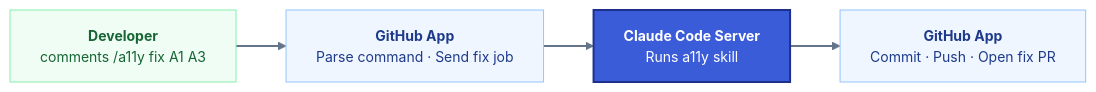
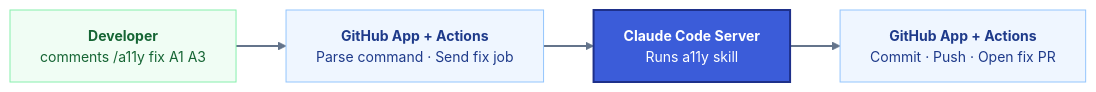
One commit to diegovelasquezweb/github-app changed the second of 2 diagrams in README.md. Above: the diagram before and after it, drawn with Mermaid. The commit also changed other lines of this file, not shown here.

````diff
--- a/README.md
+++ b/README.md
@@ -71,20 +73,20 @@
 ```mermaid
 %%{init: { 'theme': 'base', 'themeVariables': { 'primaryColor': '#3b5cd9', 'primaryTextColor': '#1e293b', 'primaryBorderColor': '#1e308a', 'lineColor': '#64748b', 'secondaryColor': '#f1f5f9', 'tertiaryColor': '#fff', 'mainBkg': '#fff', 'nodeBorder': '#e2e8f0', 'clusterBkg': '#f8fafc', 'clusterBorder': '#cbd5e1' } } }%%
 flowchart LR
     A["<b>Developer</b><br/>comments /a11y fix A1 A3"]
-    B["<b>GitHub App</b><br/>Parse command · Send fix job"]
+    B["<b>GitHub App + Actions</b><br/>Parse command · Send fix job"]
     C["<b>Claude Code Server</b><br/>Runs a11y skill"]
-    D["<b>GitHub App</b><br/>Commit · Push · Open fix PR"]
+    D["<b>GitHub App + Actions</b><br/>Commit · Push · Open fix PR"]
 
     A --> B --> C --> D
 
     linkStyle default stroke:#64748b,stroke-width:2px;
     classDef default font-family:Inter,sans-serif,font-size:14px,min-width:200px;
     classDef dev fill:#f0fdf4,stroke:#86efac,color:#166534;
     classDef app fill:#eff6ff,stroke:#93c5fd,color:#1e3a8a;
     classDef srv fill:#3b5cd9,color:#fff,stroke:#1e308a,stroke-width:2px;
 
     class A dev;
     class B,D app;
     class C srv;
 ```
````
